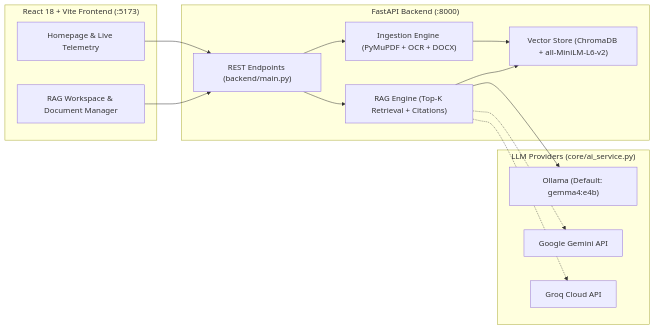
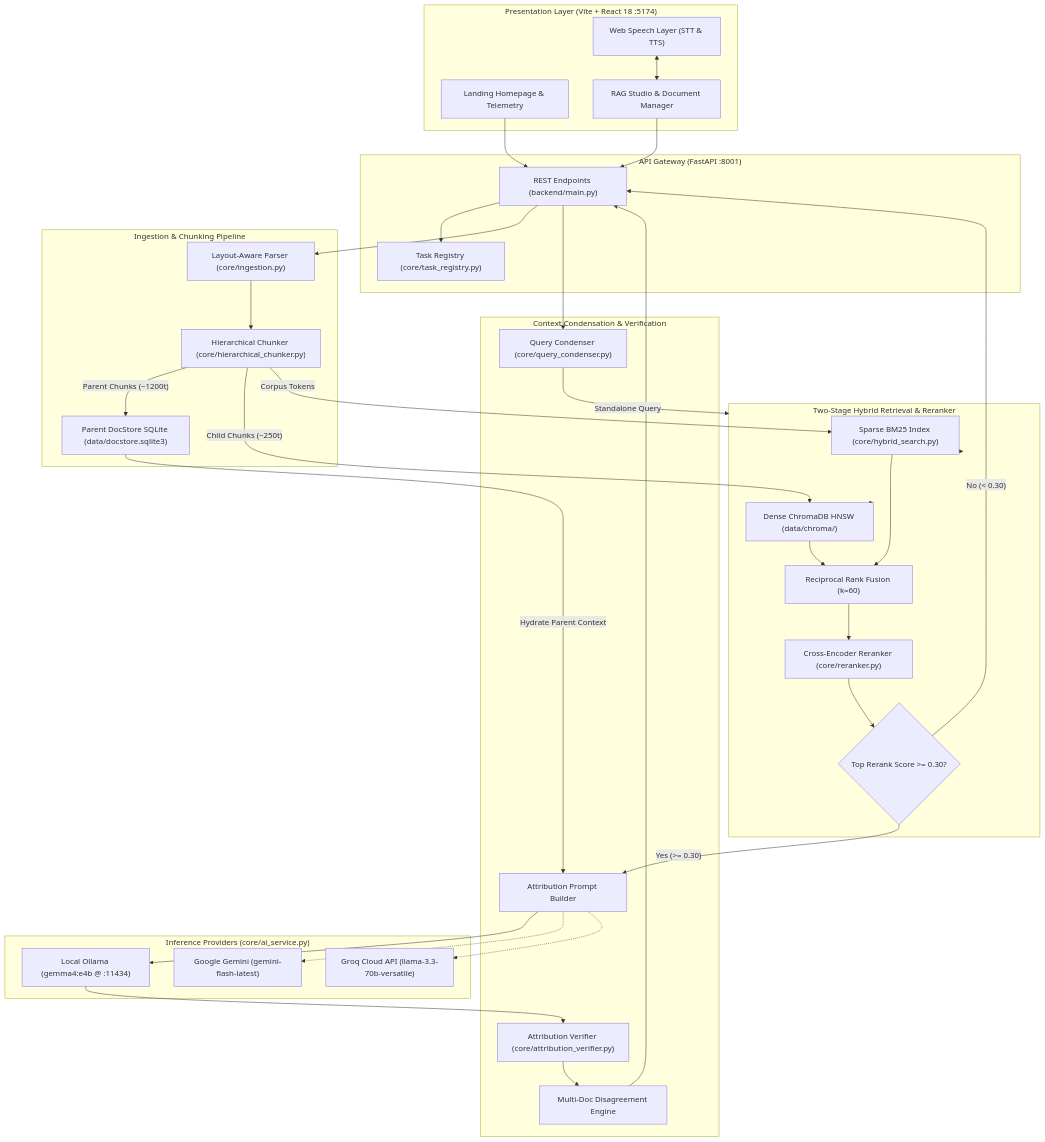
Before and after one commit to piyushgoel2808/AI-Knowledge-Assistant: the first of 2 diagrams in README.md, drawn with Mermaid. The commit also changed other lines of this file and 80 other files, not shown here.

Commit message:
feat: upgrade to production RAG system with async ingestion, layout tables, hierarchical chunking, hybrid search, cross-encoder reranker, query condensation, sentence entailment, and hands-free voice layer

````diff
--- a/README.md
+++ b/README.md
@@ -21,30 +36,68 @@
 ```mermaid
-flowchart LR
-    subgraph UI["React 18 + Vite Frontend (:5173)"]
-        Home["Homepage & Live Telemetry"]
-        Studio["RAG Workspace & Document Manager"]
+flowchart TB
+    subgraph Client["Presentation Layer (Vite + React 18 :5174)"]
+        UI_Home["Landing Homepage & Telemetry"]
+        UI_Studio["RAG Studio & Document Manager"]
+        UI_Voice["Web Speech Layer (STT & TTS)"]
     end
 
-    subgraph API["FastAPI Backend (:8000)"]
+    subgraph Gateway["API Gateway (FastAPI :8001)"]
         Routes["REST Endpoints (backend/main.py)"]
-        Ingest["Ingestion Engine (PyMuPDF + OCR + DOCX)"]
-        RAG["RAG Engine (Top-K Retrieval + Citations)"]
-        VS["Vector Store (ChromaDB + all-MiniLM-L6-v2)"]
+        TaskReg["Task Registry (core/task_registry.py)"]
     end
 
-    subgraph LLM["LLM Providers (core/ai_service.py)"]
-        Ollama["Ollama (Default: gemma4:e4b)"]
-        Gemini["Google Gemini API"]
-        Groq["Groq Cloud API"]
+    subgraph IngestionEngine["Ingestion & Chunking Pipeline"]
+        Layout["Layout-Aware Parser (core/ingestion.py)"]
+        Hierarchical["Hierarchical Chunker (core/hierarchical_chunker.py)"]
+        DocStore["Parent DocStore SQLite (data/docstore.sqlite3)"]
     end
 
-    Home --> Routes
-    Studio --> Routes
-    Routes --> Ingest
-    Routes --> RAG
-    Ingest --> VS
-    RAG --> VS
-    RAG --> Ollama
-    RAG -.-> Gemini
-    RAG -.-> Groq
+    subgraph RetrievalEngine["Two-Stage Hybrid Retrieval & Reranker"]
+        BM25["Sparse BM25 Index (core/hybrid_search.py)"]
+        Chroma["Dense ChromaDB HNSW (data/chroma/)"]
+        RRF["Reciprocal Rank Fusion (k=60)"]
+        Reranker["Cross-Encoder Reranker (core/reranker.py)"]
+        AbstentionGate{"Top Rerank Score >= 0.30?"}
+    end
+
+    subgraph SynthesisEngine["Context Condensation & Verification"]
+        Condenser["Query Condenser (core/query_condenser.py)"]
+        PromptBuilder["Attribution Prompt Builder"]
+        Verifier["Attribution Verifier (core/attribution_verifier.py)"]
+        Disagreement["Multi-Doc Disagreement Engine"]
+    end
+
+    subgraph LLMProviders["Inference Providers (core/ai_service.py)"]
+        Ollama["Local Ollama (gemma4:e4b @ :11434)"]
+        Gemini["Google Gemini (gemini-flash-latest)"]
+        Groq["Groq Cloud API (llama-3.3-70b-versatile)"]
+    end
+
+    UI_Home --> Routes
+    UI_Studio --> Routes
+    UI_Voice <--> UI_Studio
+    Routes --> TaskReg
+    Routes --> Layout
+    Layout --> Hierarchical
+    Hierarchical -->|"Parent Chunks (~1200t)"| DocStore
+    Hierarchical -->|"Child Chunks (~250t)"| Chroma
+    Hierarchical -->|"Corpus Tokens"| BM25
+
+    Routes --> Condenser
+    Condenser -->|"Standalone Query"| RetrievalEngine
+    RetrievalEngine --> Chroma
+    RetrievalEngine --> BM25
+    Chroma --> RRF
+    BM25 --> RRF
+    RRF --> Reranker
+    Reranker --> AbstentionGate
+    AbstentionGate -->|"No (< 0.30)"| Routes
+    AbstentionGate -->|"Yes (>= 0.30)"| PromptBuilder
+    DocStore -->|"Hydrate Parent Context"| PromptBuilder
+    PromptBuilder --> Ollama
+    PromptBuilder -.-> Gemini
+    PromptBuilder -.-> Groq
+    Ollama --> Verifier
+    Verifier --> Disagreement
+    Disagreement --> Routes
 ```
````
